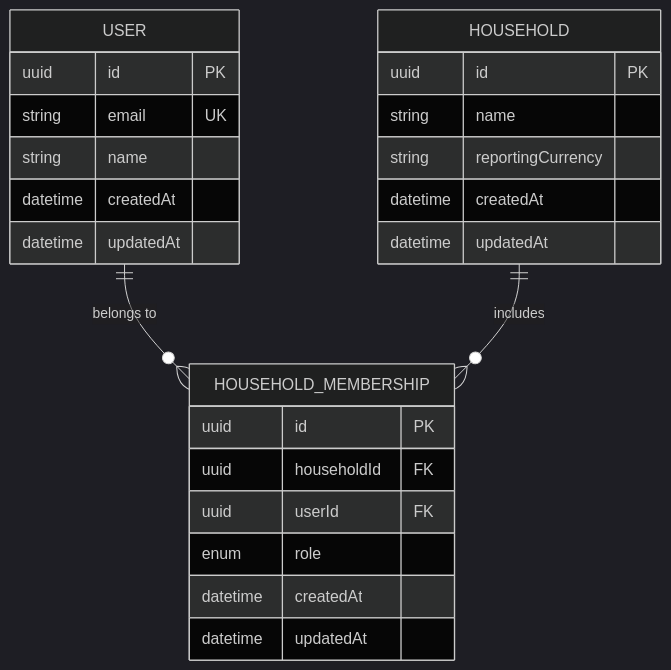
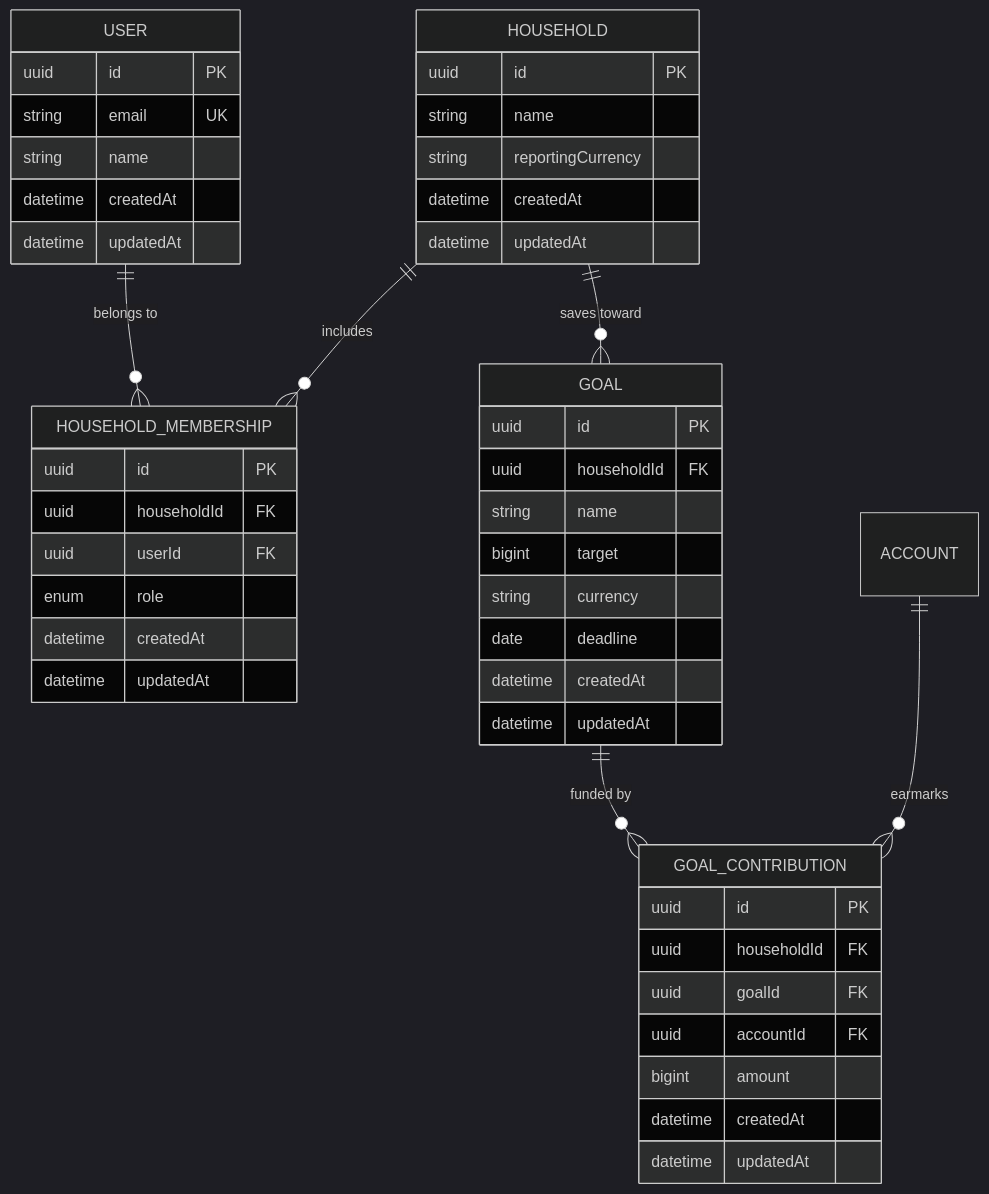
Before and after one commit to Ahasseyp/prometheus: the diagram in docs/schema.md, drawn with Mermaid (dark theme). The commit also changed other lines of this file and 2 other files, not shown here.

Commit message:
fix(web): keep Goal and Account caches consistent on deletes (#28)
Final review found stale-cache seams: deleting a Goal cascades its
Contributions (changing Account allocation), and deleting an Account
cascades its Contributions (changing Goal saved amounts) — both
gateways now invalidate the other side's queries. Also document the
Goal and GoalContribution tables in docs/schema.md.

````diff
--- a/docs/schema.md
+++ b/docs/schema.md
@@ -5,30 +5,55 @@
 ```mermaid
 erDiagram
     USER {
         uuid id PK
         string email UK
         string name
         datetime createdAt
         datetime updatedAt
     }
 
     HOUSEHOLD {
         uuid id PK
         string name
         string reportingCurrency
         datetime createdAt
         datetime updatedAt
     }
 
     HOUSEHOLD_MEMBERSHIP {
         uuid id PK
         uuid householdId FK
         uuid userId FK
         enum role
         datetime createdAt
         datetime updatedAt
     }
 
     USER ||--o{ HOUSEHOLD_MEMBERSHIP : "belongs to"
     HOUSEHOLD ||--o{ HOUSEHOLD_MEMBERSHIP : "includes"
+
+    GOAL {
+        uuid id PK
+        uuid householdId FK
+        string name
+        bigint target
+        string currency
+        date deadline
+        datetime createdAt
+        datetime updatedAt
+    }
+
+    GOAL_CONTRIBUTION {
+        uuid id PK
+        uuid householdId FK
+        uuid goalId FK
+        uuid accountId FK
+        bigint amount
+        datetime createdAt
+        datetime updatedAt
+    }
+
+    HOUSEHOLD ||--o{ GOAL : "saves toward"
+    GOAL ||--o{ GOAL_CONTRIBUTION : "funded by"
+    ACCOUNT ||--o{ GOAL_CONTRIBUTION : "earmarks"
 ```
````
